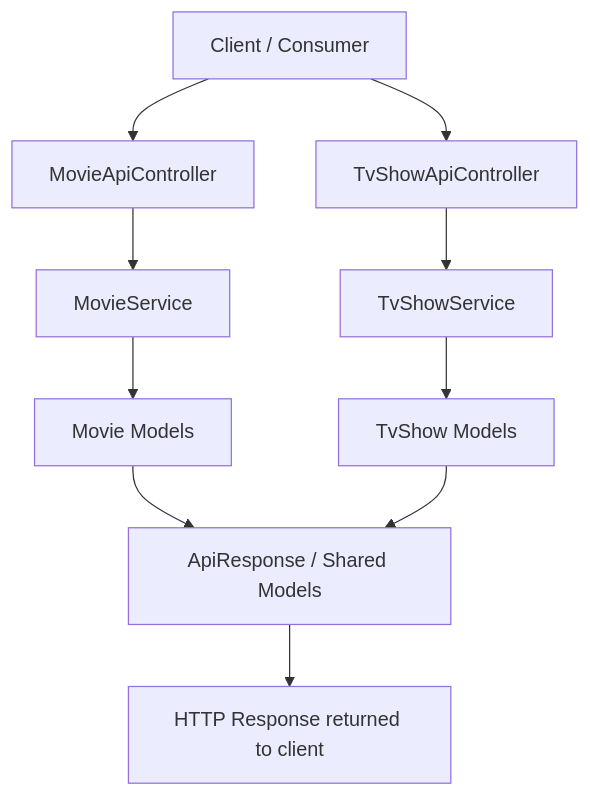
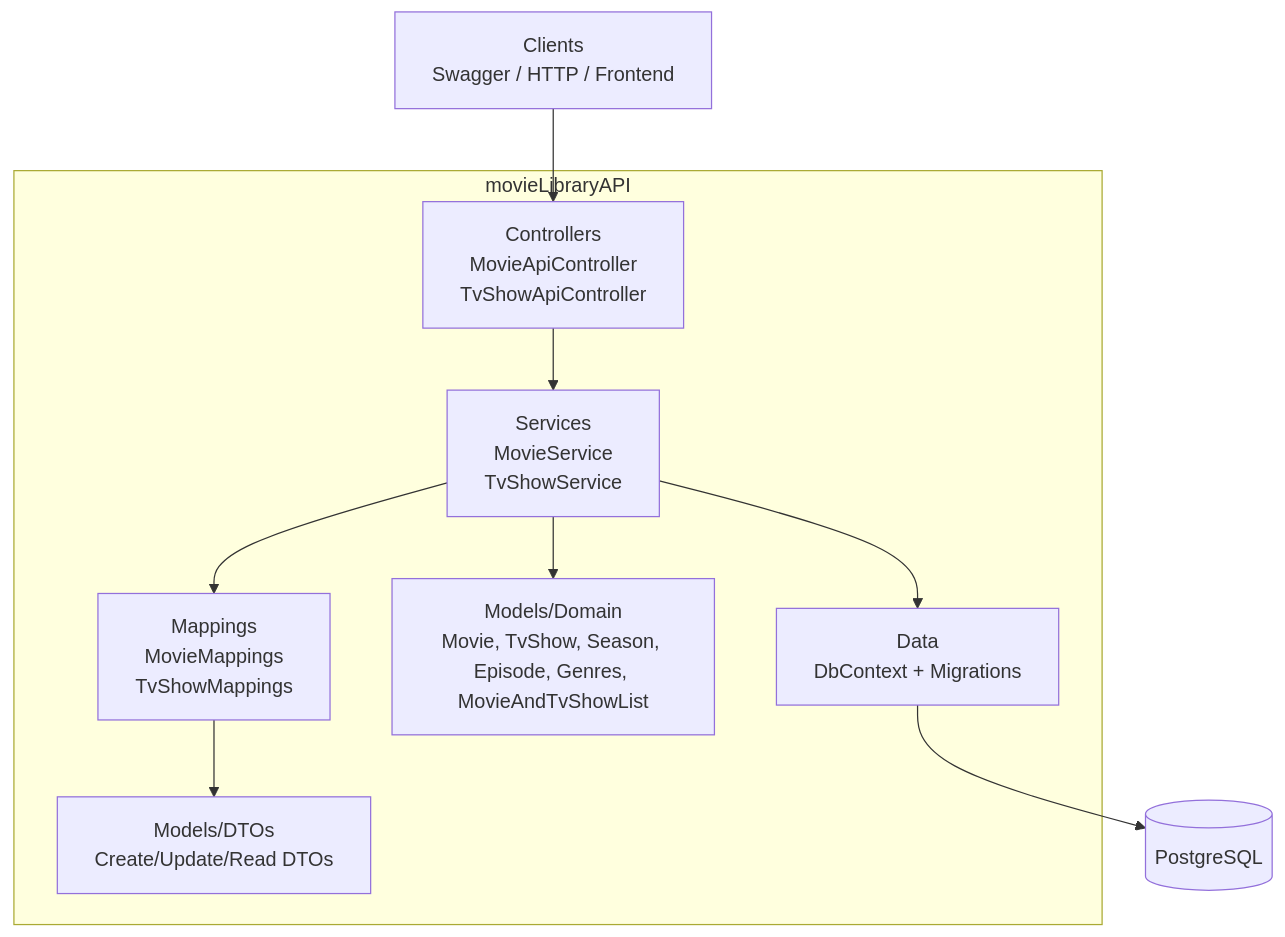
One commit to Lindgard/movieLibrary changed the diagram in README.md. Above: the diagram before and after it, drawn with Mermaid. The commit also changed other lines of this file and 1 other file, not shown here.

````diff
--- a/README.md
+++ b/README.md
@@ -52,16 +31,19 @@
 ```mermaid
-flowchart TD
-    A[Client / Consumer] --> B[MovieApiController]
-    A --> C[TvShowApiController]
-
-    B --> D[MovieService]
-    C --> E[TvShowService]
-
-    D --> F[Movie Models]
-    E --> G[TvShow Models]
-
-    F --> H[ApiResponse / Shared Models]
-    G --> H
-
-    H --> I[HTTP Response returned to client]
+  flowchart TD
+    A[Clients<br/>Swagger / HTTP / Frontend] --> B[Controllers]
+    B --> C[Services]
+    C --> D[Mappings]
+    D --> E[DTOs]
+    C --> F[Domain Models]
+    C --> G[MovieLibraryDbContext]
+    G --> H[(PostgreSQL)]
+    
+    subgraph API["movieLibraryAPI"]
+        B[Controllers<br/>MovieApiController<br/>TvShowApiController]
+        C[Services<br/>MovieService<br/>TvShowService]
+        D[Mappings<br/>MovieMappings<br/>TvShowMappings]
+        E[Models/DTOs<br/>Create/Update/Read DTOs]
+        F[Models/Domain<br/>Movie, TvShow, Season, Episode, Genres, MovieAndTvShowList]
+        G[Data<br/>DbContext + Migrations]
+    end
 ```
````
